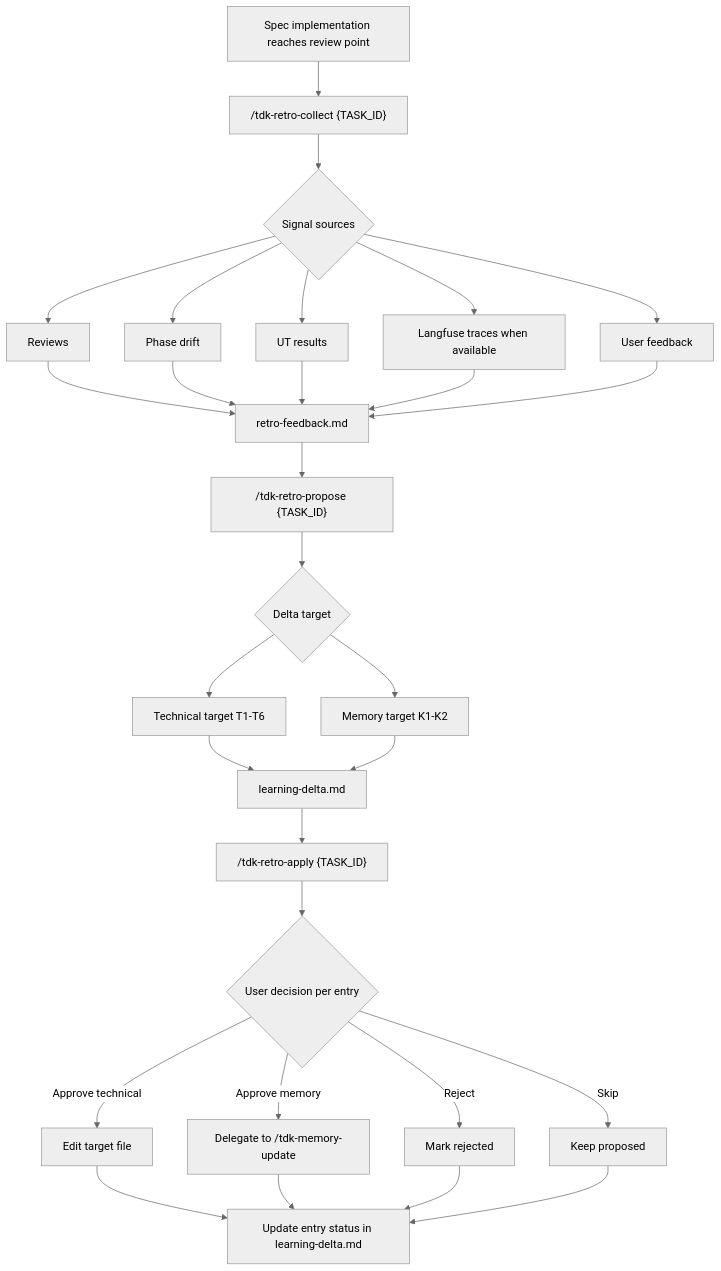
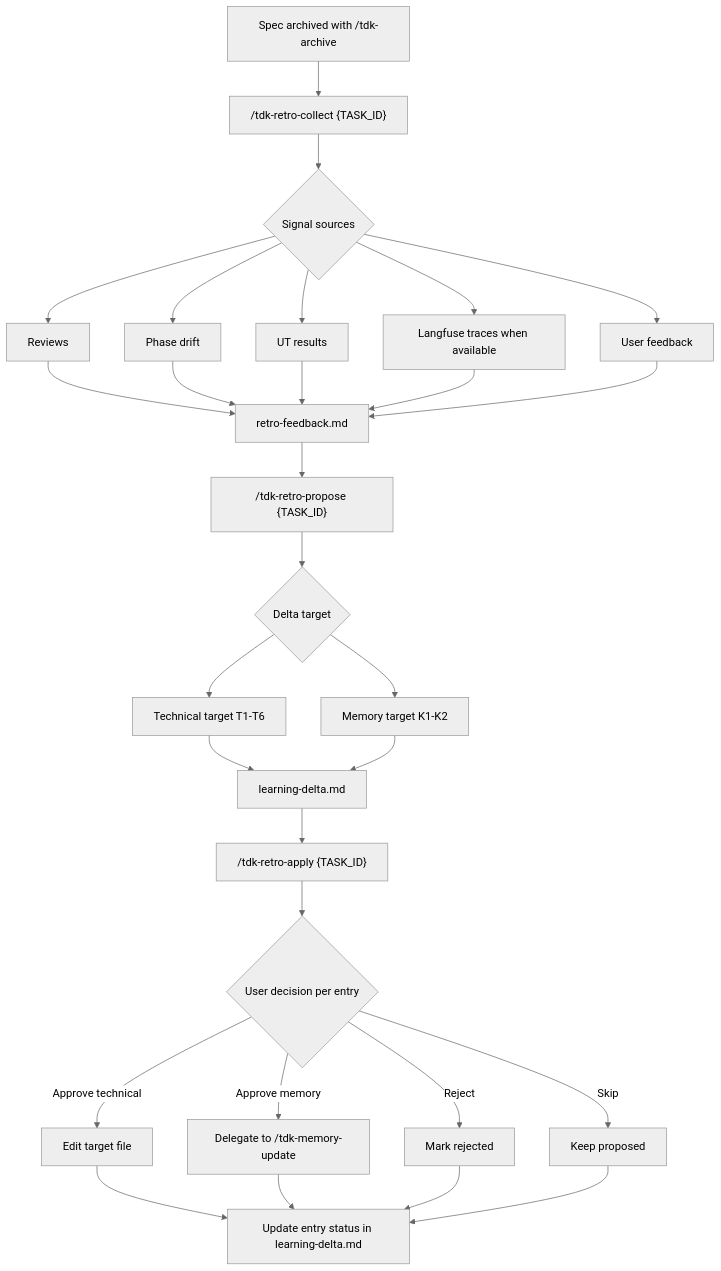
One commit to vinhltt/tdk changed the diagram in .specify/plugins/tdk-retro/README.md. Above: the diagram before and after it, drawn with Mermaid (neutral theme). The commit also changed other lines of this file and 30 other files, not shown here.

````diff
--- a/.specify/plugins/tdk-retro/README.md
+++ b/.specify/plugins/tdk-retro/README.md
@@ -31,31 +31,31 @@
 ```mermaid
 flowchart TD
-    A[Spec implementation reaches review point] --> B["/tdk-retro-collect {TASK_ID}"]
+    A[Spec archived with /tdk-archive] --> B["/tdk-retro-collect {TASK_ID}"]
     B --> C{Signal sources}
     C --> C1[Reviews]
     C --> C2[Phase drift]
     C --> C3[UT results]
     C --> C4[Langfuse traces when available]
     C --> C5[User feedback]
     C1 --> D[retro-feedback.md]
     C2 --> D
     C3 --> D
     C4 --> D
     C5 --> D
     D --> E["/tdk-retro-propose {TASK_ID}"]
     E --> F{Delta target}
     F --> G[Technical target T1-T6]
     F --> H[Memory target K1-K2]
     G --> I[learning-delta.md]
     H --> I
     I --> J["/tdk-retro-apply {TASK_ID}"]
     J --> K{User decision per entry}
     K -->|Approve technical| L[Edit target file]
     K -->|Approve memory| M["Delegate to /tdk-memory-update"]
     K -->|Reject| N[Mark rejected]
     K -->|Skip| O[Keep proposed]
     L --> P[Update entry status in learning-delta.md]
     M --> P
     N --> P
     O --> P
 ```
````
